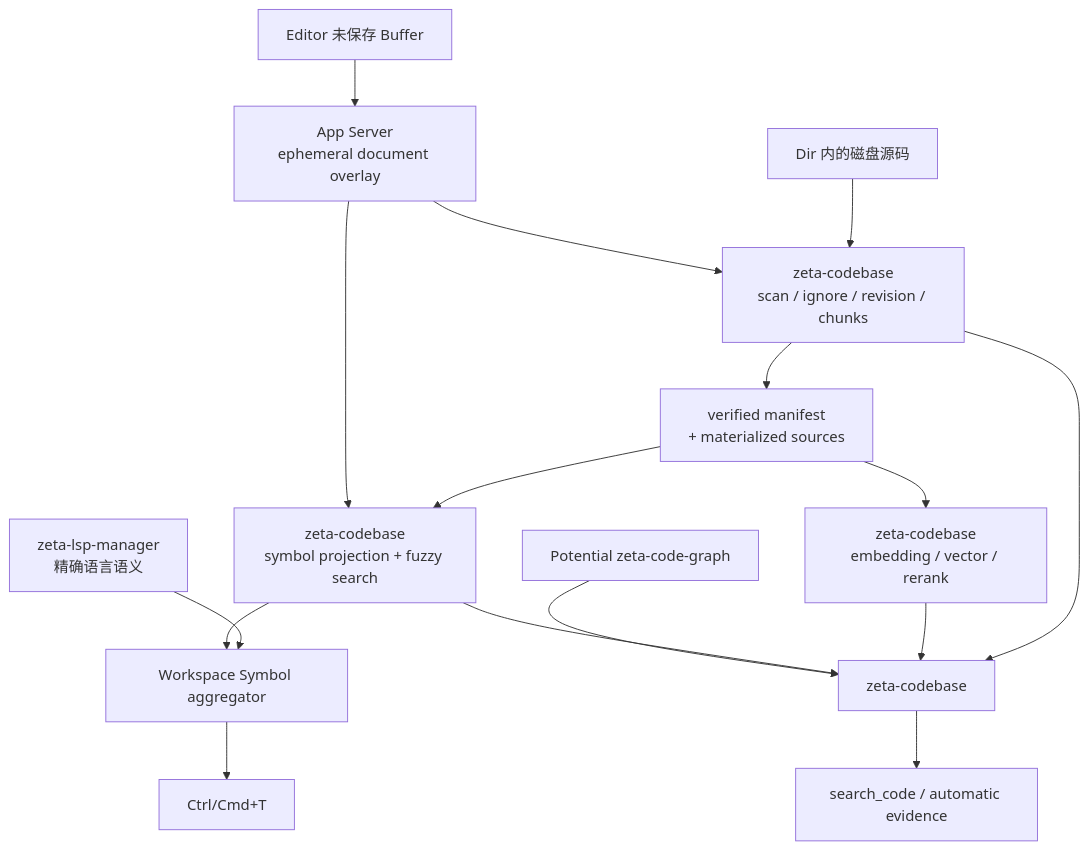
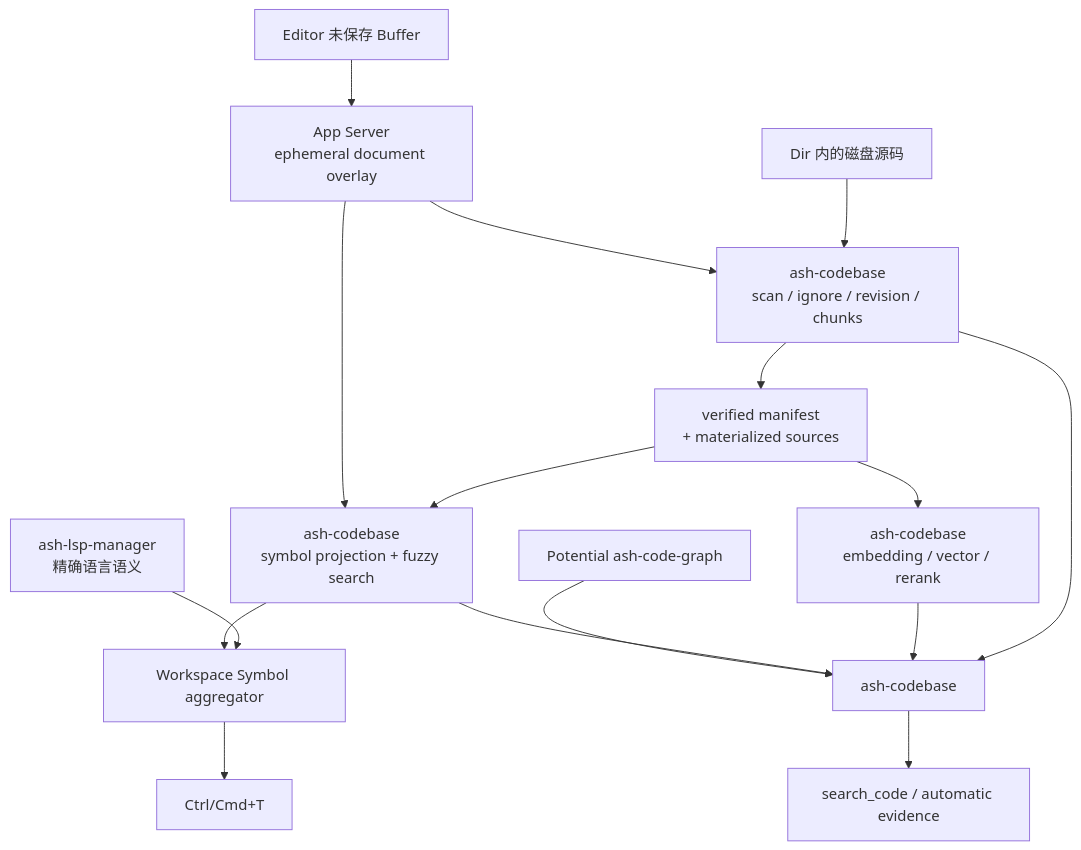
The diagram in docs/code-intelligence.md (chogng/zeta), drawn with Mermaid before and after one commit. The commit also changed other lines of this file and 7718 other files, not shown here.

Commit message:
refactor: rename zeta to ash

````diff
--- a/docs/code-intelligence.md
+++ b/docs/code-intelligence.md
@@ -81,21 +81,21 @@
 ```mermaid
 flowchart TD
-    Disk["Dir 内的磁盘源码"] --> Index["zeta-codebase<br/>scan / ignore / revision / chunks"]
+    Disk["Dir 内的磁盘源码"] --> Index["ash-codebase<br/>scan / ignore / revision / chunks"]
     Index --> Sources["verified manifest<br/>+ materialized sources"]
-    Sources --> Symbols["zeta-codebase<br/>symbol projection + fuzzy search"]
-    Sources --> Semantic["zeta-codebase<br/>embedding / vector / rerank"]
+    Sources --> Symbols["ash-codebase<br/>symbol projection + fuzzy search"]
+    Sources --> Semantic["ash-codebase<br/>embedding / vector / rerank"]
 
     Buffer["Editor 未保存 Buffer"] --> Overlay["App Server<br/>ephemeral document overlay"]
     Overlay --> Index
     Overlay --> Symbols
 
-    Lsp["zeta-lsp-manager<br/>精确语言语义"] --> WorkspaceSymbols["Workspace Symbol aggregator"]
+    Lsp["ash-lsp-manager<br/>精确语言语义"] --> WorkspaceSymbols["Workspace Symbol aggregator"]
     Symbols --> WorkspaceSymbols
     WorkspaceSymbols --> UI["Ctrl/Cmd+T"]
 
-    Index --> Retrieval["zeta-codebase"]
+    Index --> Retrieval["ash-codebase"]
     Semantic --> Retrieval
     Symbols --> Retrieval
-    Graph["Potential zeta-code-graph"] --> Retrieval
+    Graph["Potential ash-code-graph"] --> Retrieval
     Retrieval --> Agent["search_code / automatic evidence"]
 ```
````
